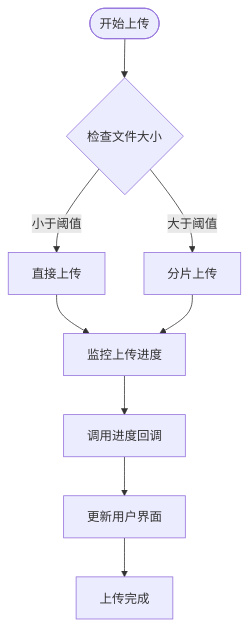
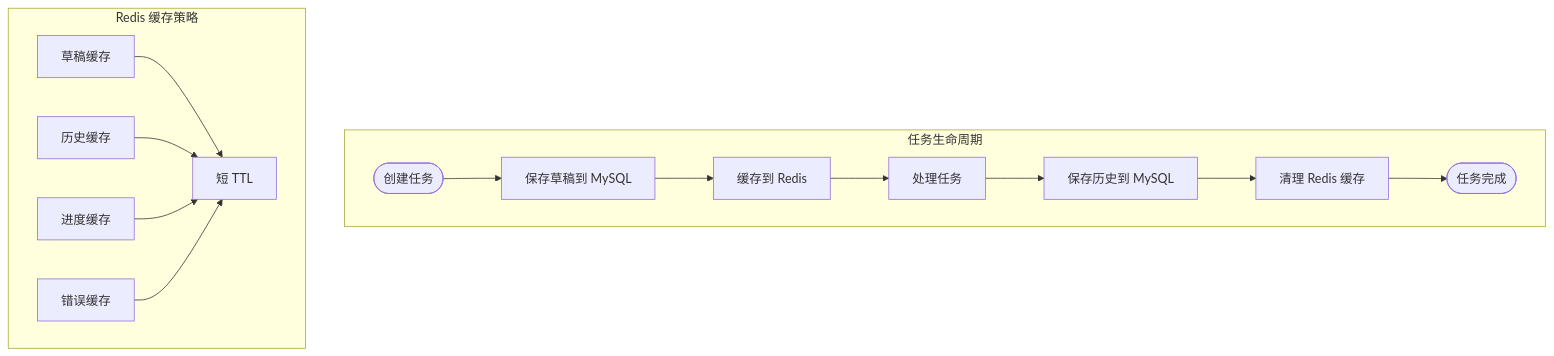
The sixth of 7 diagrams in .qoder/repowiki/zh/content/Websocket System Removed.md (songdiyang/clawOperations), drawn with Mermaid before and after one commit. The commit also changed other lines of this file and 10 other files, not shown here.

````diff
--- a/.qoder/repowiki/zh/content/Websocket System Removed.md
+++ b/.qoder/repowiki/zh/content/Websocket System Removed.md
@@ -161,11 +248,17 @@
 ```mermaid
 flowchart TD
-Start([开始上传]) --> CheckSize{检查文件大小}
-CheckSize --> |小于阈值| DirectUpload[直接上传]
-CheckSize --> |大于阈值| ChunkUpload[分片上传]
-DirectUpload --> MonitorProgress[监控上传进度]
-ChunkUpload --> MonitorProgress
-MonitorProgress --> ProgressCallback[调用进度回调]
-ProgressCallback --> UpdateUI[更新用户界面]
-UpdateUI --> Complete[上传完成]
+subgraph "任务生命周期"
+Create([创建任务]) --> SaveDraft[保存草稿到 MySQL]
+SaveDraft --> CacheRedis[缓存到 Redis]
+CacheRedis --> Process[处理任务]
+Process --> SaveHistory[保存历史到 MySQL]
+SaveHistory --> ClearCache[清理 Redis 缓存]
+ClearCache --> Complete([任务完成])
+end
+subgraph "Redis 缓存策略"
+Draft[草稿缓存] --> TTL[永久 TTL]
+History[历史缓存] --> TTL
+Progress[进度缓存] --> TTL[短 TTL]
+Error[错误缓存] --> TTL
+end
 ```
````
